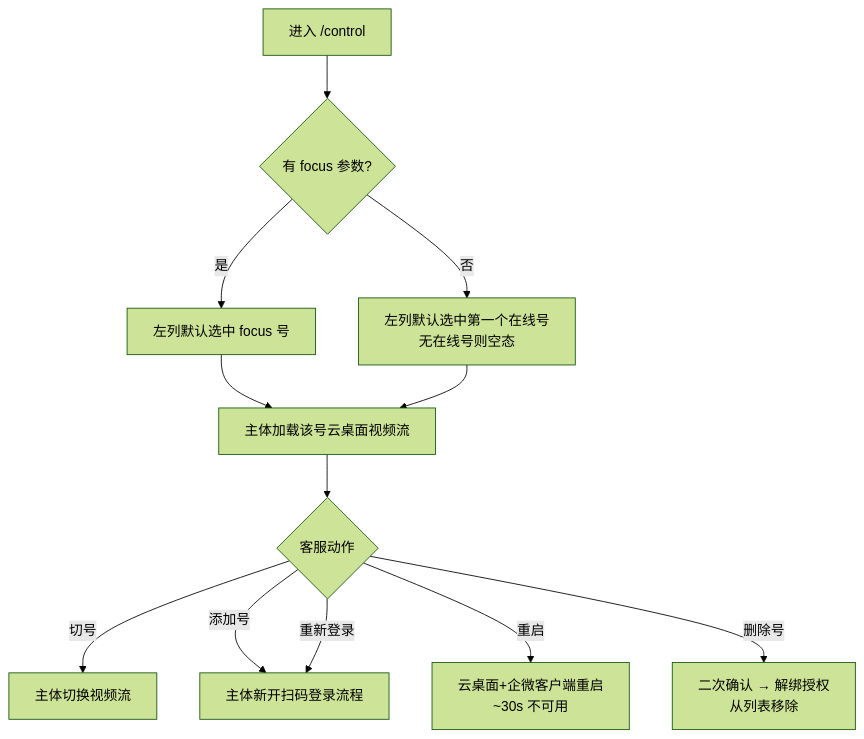
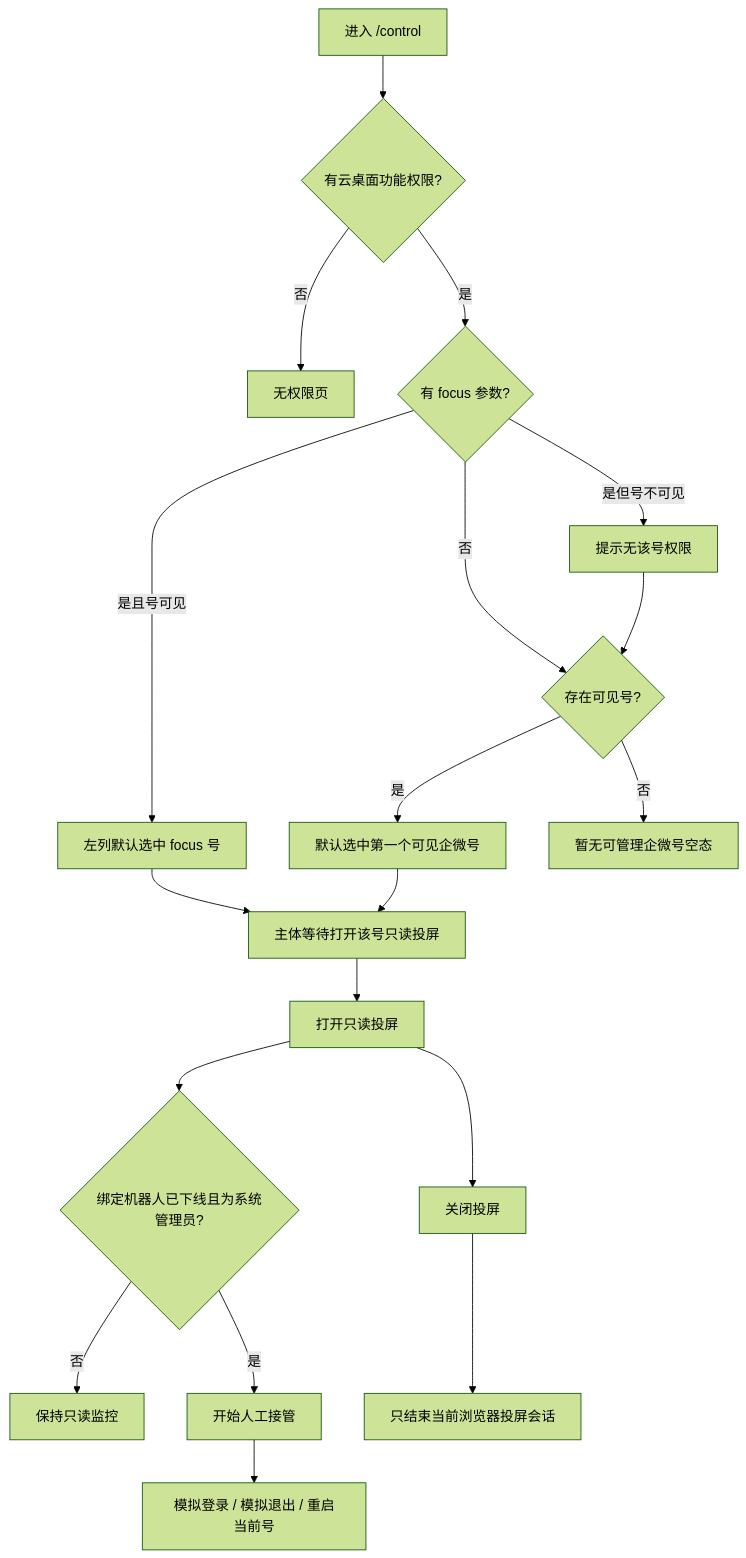
One commit to yan-pang/VIP changed the fifth of 8 diagrams in project/domains/chat-workbench/design.md. Above: the diagram before and after it, drawn with Mermaid (forest theme). The commit also changed other lines of this file and 79 other files, not shown here.

````diff
--- a/project/domains/chat-workbench/design.md
+++ b/project/domains/chat-workbench/design.md
@@ -748,14 +756,21 @@
 ```mermaid
 graph TD
-    A[进入 /control] --> B{有 focus 参数?}
-    B -- 是 --> C[左列默认选中 focus 号]
-    B -- 否 --> D[左列默认选中第一个在线号<br/>无在线号则空态]
-    C --> E[主体加载该号云桌面视频流]
-    D --> E
-    E --> F{客服动作}
-    F -- 切号 --> G[主体切换视频流]
-    F -- 添加号 --> H[主体新开扫码登录流程]
-    F -- 重新登录 --> H
-    F -- 重启 --> I[云桌面+企微客户端重启<br/>~30s 不可用]
-    F -- 删除号 --> J[二次确认 → 解绑授权<br/>从列表移除]
+    A[进入 /control] --> P{有云桌面功能权限?}
+    P -- 否 --> X[无权限页]
+    P -- 是 --> B{有 focus 参数?}
+    B -- 是且号可见 --> C[左列默认选中 focus 号]
+    B -- 否 --> D{存在可见号?}
+    B -- 是但号不可见 --> N[提示无该号权限]
+    N --> D
+    D -- 是 --> E[默认选中第一个可见企微号]
+    D -- 否 --> Z[暂无可管理企微号空态]
+    C --> F[主体等待打开该号只读投屏]
+    E --> F
+    F --> G[打开只读投屏]
+    G --> H{绑定机器人已下线且为系统管理员?}
+    H -- 否 --> I[保持只读监控]
+    H -- 是 --> J[开始人工接管]
+    J --> K[模拟登录 / 模拟退出 / 重启当前号]
+    G --> L[关闭投屏]
+    L --> M[只结束当前浏览器投屏会话]
 ```
````
